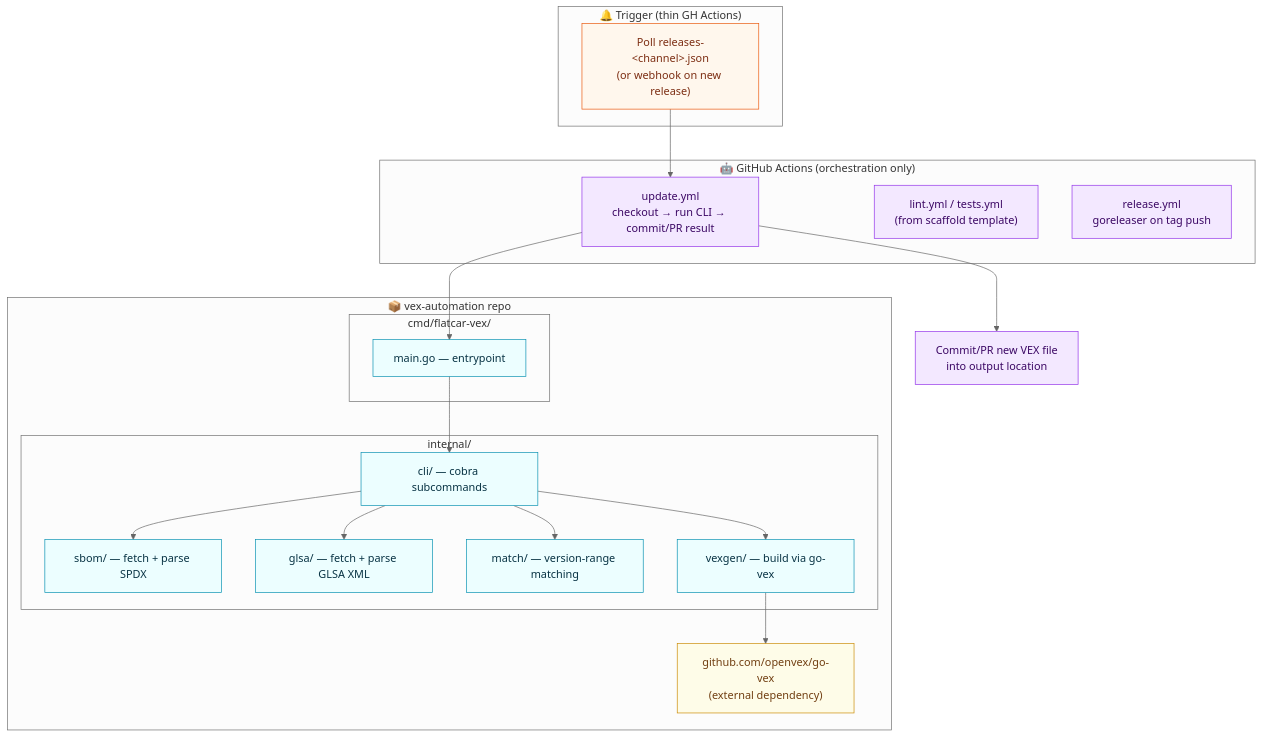
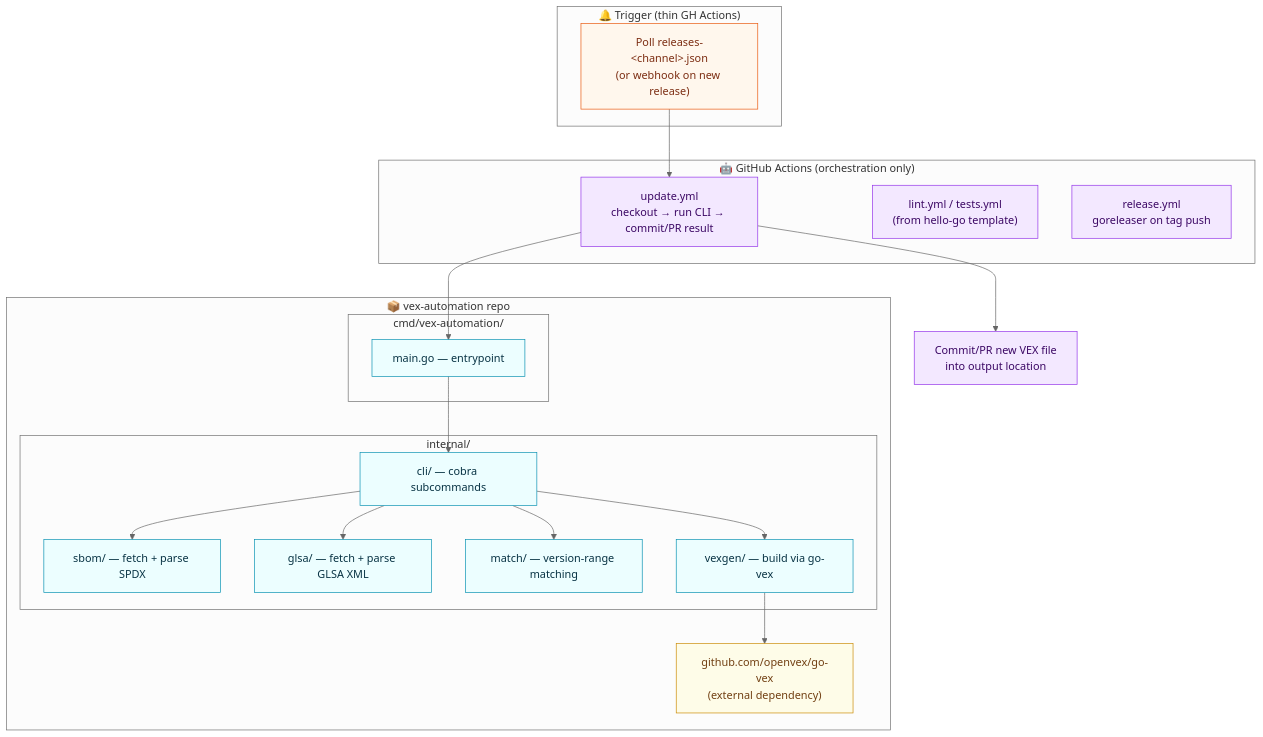
Before and after one commit to flatcar/vex-automation: the second of 3 diagrams in docs/plan.md, drawn with Mermaid (neutral theme). The commit also changed other lines of this file and 11 other files, not shown here.

````diff
--- a/docs/plan.md
+++ b/docs/plan.md
@@ -116,43 +114,43 @@
 ```mermaid
 flowchart TD
     subgraph Trigger["🔔 Trigger (thin GH Actions)"]
         POLL["Poll releases-&lt;channel&gt;.json<br/>(or webhook on new release)"]
     end
 
     subgraph Repo["📦 vex-automation repo"]
-        subgraph CmdLayer["cmd/flatcar-vex/"]
+        subgraph CmdLayer["cmd/vex-automation/"]
             MAIN["main.go — entrypoint"]
         end
         subgraph InternalLayer["internal/"]
             CLI_PKG["cli/ — cobra subcommands"]
             SBOM_PKG["sbom/ — fetch + parse SPDX"]
             GLSA_PKG["glsa/ — fetch + parse GLSA XML"]
             MATCH_PKG["match/ — version-range matching"]
             VEXGEN_PKG["vexgen/ — build via go-vex"]
         end
         GOVEX["github.com/openvex/go-vex<br/>(external dependency)"]
     end
 
     subgraph CI["🤖 GitHub Actions (orchestration only)"]
         WF1["update.yml<br/>checkout → run CLI → commit/PR result"]
-        WF2["lint.yml / tests.yml<br/>(from scaffold template)"]
+        WF2["lint.yml / tests.yml<br/>(from hello-go template)"]
         WF3["release.yml<br/>goreleaser on tag push"]
     end
 
     POLL --> WF1
     WF1 --> MAIN
     MAIN --> CLI_PKG
     CLI_PKG --> SBOM_PKG & GLSA_PKG & MATCH_PKG & VEXGEN_PKG
     VEXGEN_PKG --> GOVEX
     WF1 --> COMMIT["Commit/PR new VEX file<br/>into output location"]
 
     classDef trigger fill:#fff7ed,stroke:#ea580c,color:#7c2d12
     classDef repo fill:#ecfeff,stroke:#0891b2,color:#083344
     classDef ci fill:#f3e8ff,stroke:#9333ea,color:#3b0764
     classDef ext fill:#fefce8,stroke:#ca8a04,color:#713f12
 
     class POLL trigger
     class MAIN,CLI_PKG,SBOM_PKG,GLSA_PKG,MATCH_PKG,VEXGEN_PKG repo
     class WF1,WF2,WF3,COMMIT ci
     class GOVEX ext
 ```
````
